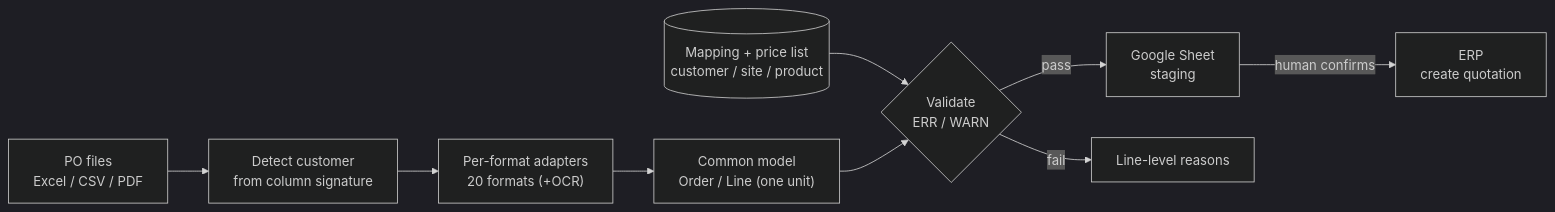
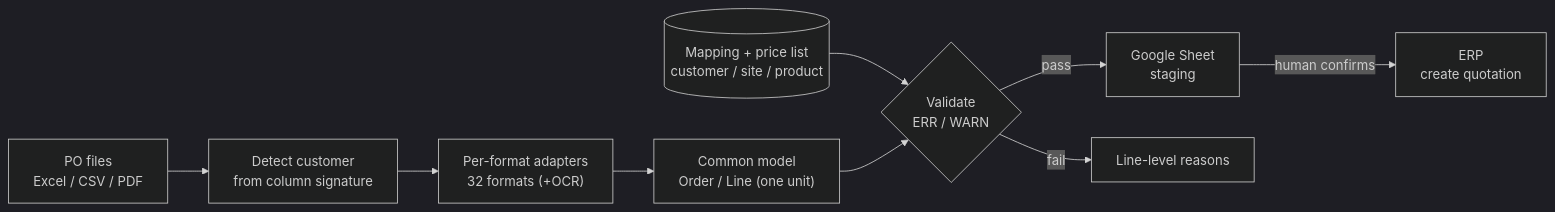
One commit to mukrata-d05/mukrata-d05 changed the second of 2 diagrams in projects/02-purchase-order-validation.md. Above: the diagram before and after it, drawn with Mermaid (dark theme). The commit also changed other lines of this file and 5 other files, not shown here.

````diff
--- a/projects/02-purchase-order-validation.md
+++ b/projects/02-purchase-order-validation.md
@@ -78,11 +79,11 @@
 ```mermaid
 flowchart LR
     A["PO files<br/>Excel / CSV / PDF"] --> B["Detect customer<br/>from column signature"]
-    B --> C["Per-format adapters<br/>20 formats (+OCR)"]
+    B --> C["Per-format adapters<br/>32 formats (+OCR)"]
     C --> D["Common model<br/>Order / Line (one unit)"]
     M[("Mapping + price list<br/>customer / site / product")] --> E
     D --> E{"Validate<br/>ERR / WARN"}
     E -->|pass| F["Google Sheet<br/>staging"]
     F -->|human confirms| G["ERP<br/>create quotation"]
     E -->|fail| H["Line-level reasons"]
 ```
````
